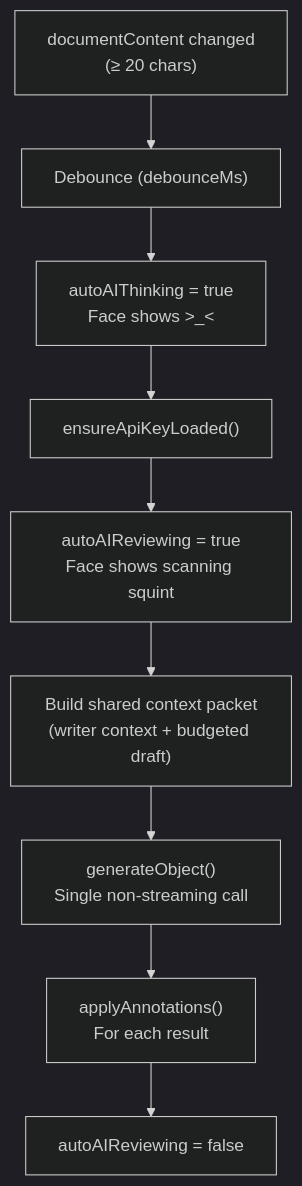
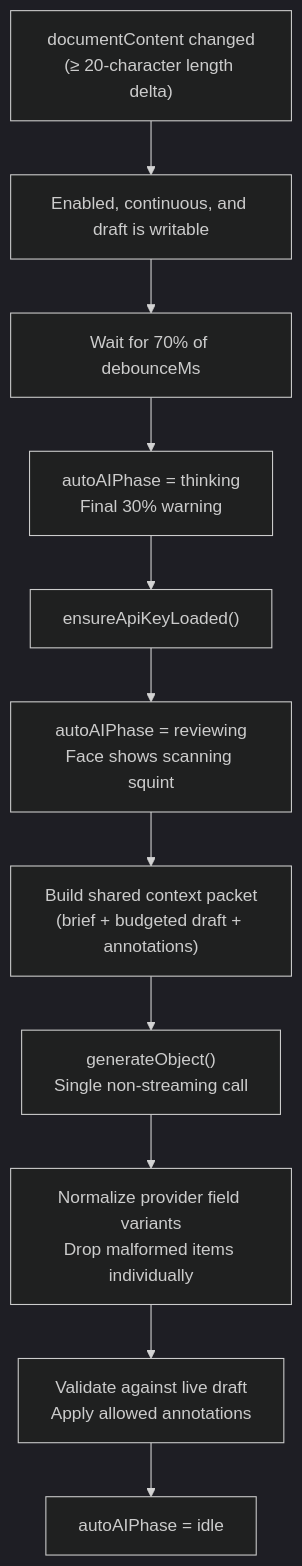
One commit to ThatXliner/Quillium changed the first of 2 diagrams in docs/autoai.md. Above: the diagram before and after it, drawn with Mermaid (dark theme). The commit also changed other lines of this file and 6 other files, not shown here.

````diff
--- a/docs/autoai.md
+++ b/docs/autoai.md
@@ -30,14 +31,16 @@
 ```mermaid
 flowchart TD
-    Change["documentContent changed<br/>(≥ 20 chars)"]
-    Debounce["Debounce (debounceMs)"]
-    Thinking["autoAIThinking = true<br/>Face shows >_<"]
+    Change["documentContent changed<br/>(≥ 20-character length delta)"]
+    Guard["Enabled, continuous, and draft is writable"]
+    Debounce["Wait for 70% of debounceMs"]
+    Thinking["autoAIPhase = thinking<br/>Final 30% warning"]
     LoadKey["ensureApiKeyLoaded()"]
-    Reviewing["autoAIReviewing = true<br/>Face shows scanning squint"]
-    Context["Build shared context packet<br/>(writer context + budgeted draft)"]
+    Reviewing["autoAIPhase = reviewing<br/>Face shows scanning squint"]
+    Context["Build shared context packet<br/>(brief + budgeted draft + annotations)"]
     Generate["generateObject()<br/>Single non-streaming call"]
-    Apply["applyAnnotations()<br/>For each result"]
-    Done["autoAIReviewing = false"]
+    Normalize["Normalize provider field variants<br/>Drop malformed items individually"]
+    Apply["Validate against live draft<br/>Apply allowed annotations"]
+    Done["autoAIPhase = idle"]
 
-    Change --> Debounce --> Thinking --> LoadKey --> Reviewing --> Context --> Generate --> Apply --> Done
+    Change --> Guard --> Debounce --> Thinking --> LoadKey --> Reviewing --> Context --> Generate --> Normalize --> Apply --> Done
 ```
````
